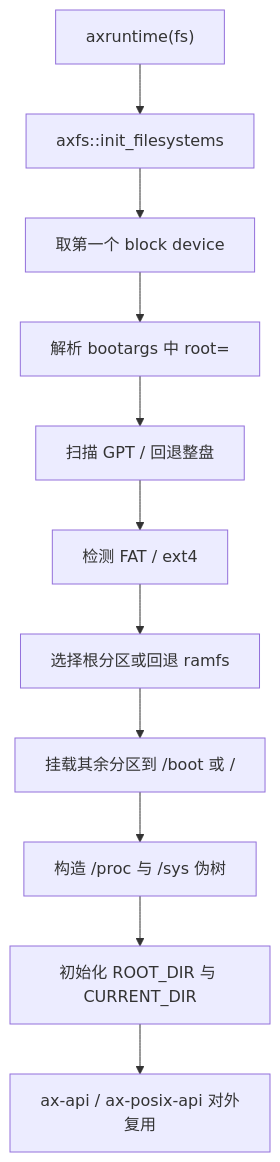
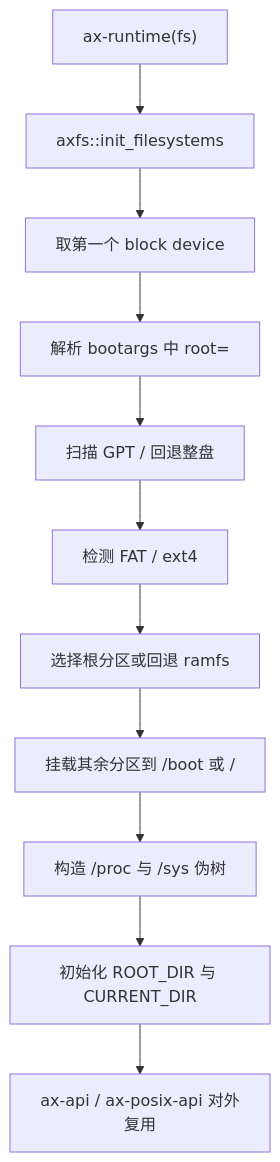
The first of 2 diagrams in docs/crates/axfs.md (zKurisu/tgoskits), drawn with Mermaid before and after one commit. The commit also changed other lines of this file and 69 other files, not shown here.

Commit message:
rename axruntime to ax-runtime

````diff
--- a/docs/crates/axfs.md
+++ b/docs/crates/axfs.md
@@ -36,13 +36,13 @@
 ```mermaid
 flowchart TD
-    A["axruntime(fs)"] --> B["axfs::init_filesystems"]
+    A["ax-runtime(fs)"] --> B["axfs::init_filesystems"]
     B --> C["取第一个 block device"]
     C --> D["解析 bootargs 中 root="]
     D --> E["扫描 GPT / 回退整盘"]
     E --> F["检测 FAT / ext4"]
     F --> G["选择根分区或回退 ramfs"]
     G --> H["挂载其余分区到 /boot 或 /<name>"]
     H --> I["构造 /proc 与 /sys 伪树"]
     I --> J["初始化 ROOT_DIR 与 CURRENT_DIR"]
     J --> K["ax-api / ax-posix-api 对外复用"]
 ```
````
